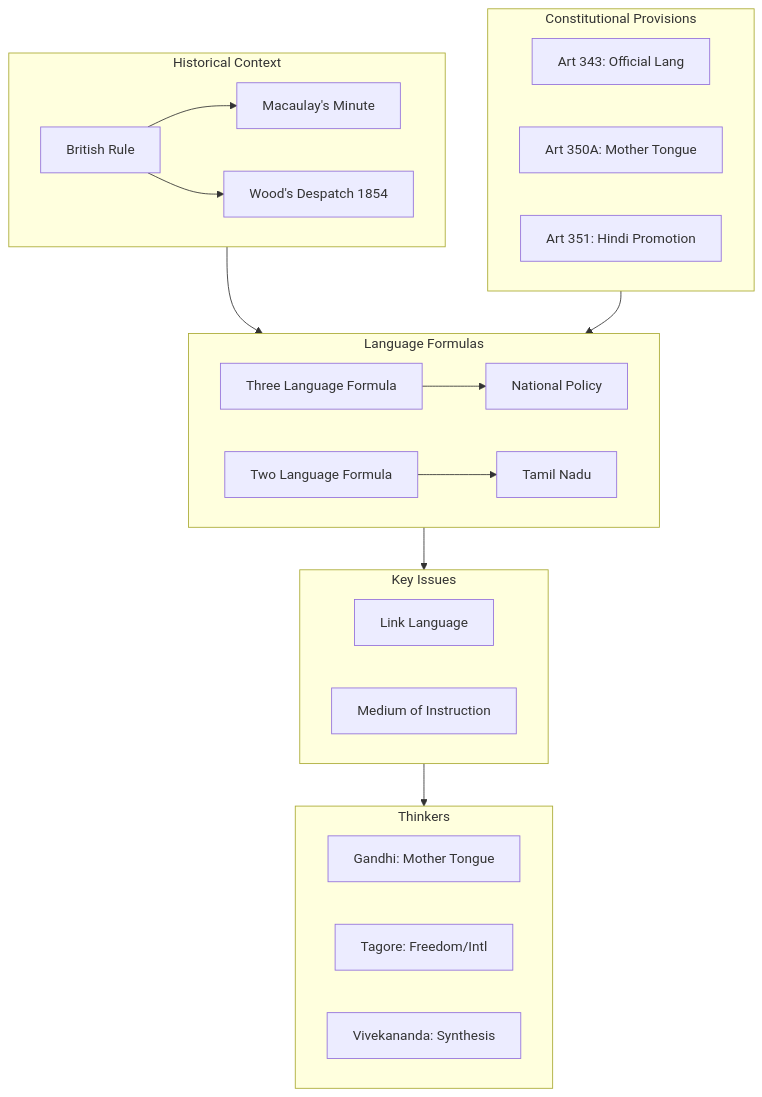
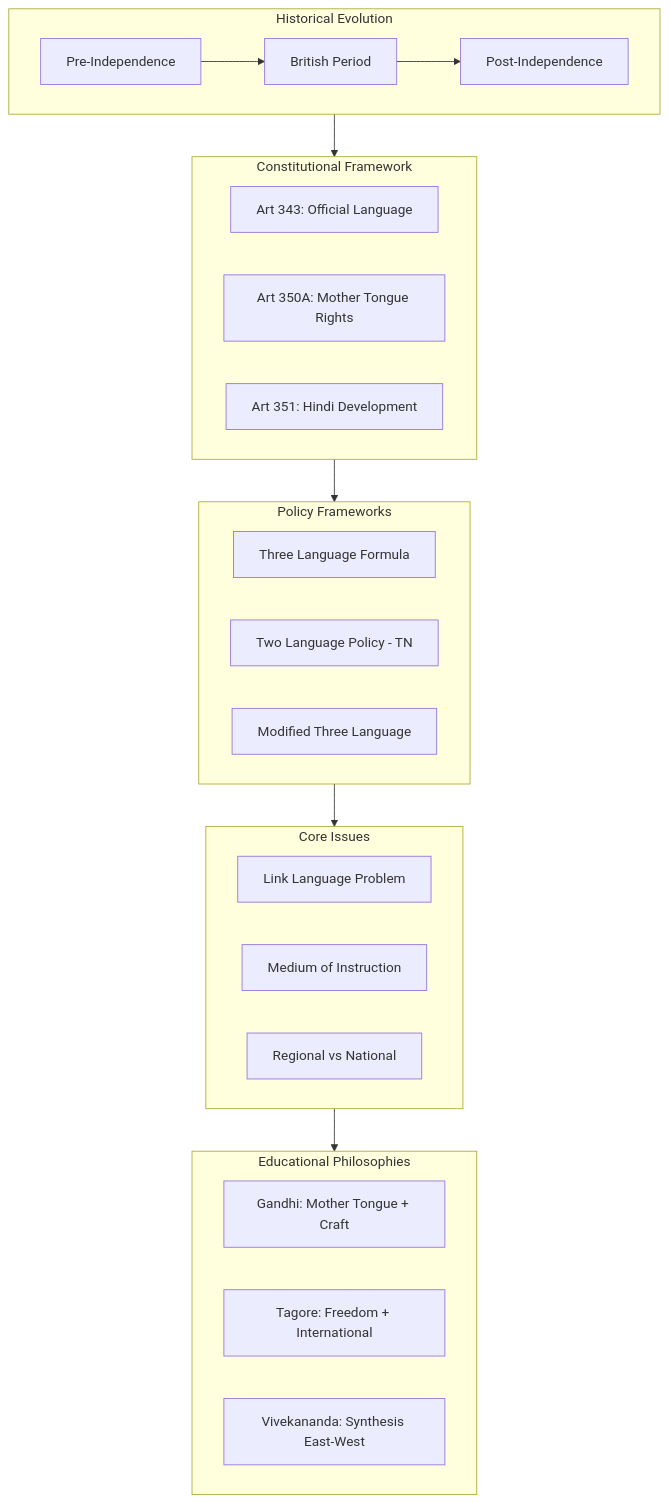
The second of 2 diagrams in units/Unit_04_LANGUAGE_POLICY_IN_EDUCATION.md (praveen-hari/contemporary_education), drawn with Mermaid before and after one commit. The commit also changed other lines of this file and 7 other files, not shown here.

````diff
--- a/units/Unit_04_LANGUAGE_POLICY_IN_EDUCATION.md
+++ b/units/Unit_04_LANGUAGE_POLICY_IN_EDUCATION.md
@@ -52,34 +85,36 @@
 ```mermaid
 flowchart TB
-    subgraph History[Historical Context]
-        British[British Rule] --> Macaulay[Macaulay's Minute]
-        British --> Woods[Wood's Despatch 1854]
+    subgraph History[Historical Evolution]
+        Pre[Pre-Independence] --> British[British Period]
+        British --> Post[Post-Independence]
     end
 
-    subgraph Constitution[Constitutional Provisions]
-        Art343[Art 343: Official Lang]
-        Art350A[Art 350A: Mother Tongue]
-        Art351[Art 351: Hindi Promotion]
+    subgraph Constitution[Constitutional Framework]
+        Art343[Art 343: Official Language]
+        Art350A[Art 350A: Mother Tongue Rights]
+        Art351[Art 351: Hindi Development]
     end
 
-    subgraph Formulas[Language Formulas]
-        ThreeLang[Three Language Formula] --> National[National Policy]
-        TwoLang[Two Language Formula] --> TN[Tamil Nadu]
+    subgraph Policy[Policy Frameworks]
+        ThreeLang[Three Language Formula]
+        TwoLang[Two Language Policy - TN]
+        Modified[Modified Three Language]
     end
 
-    subgraph Issues[Key Issues]
-        Link[Link Language]
+    subgraph Issues[Core Issues]
+        Link[Link Language Problem]
         Medium[Medium of Instruction]
+        Regional[Regional vs National]
     end
     
-    subgraph Thinkers[Thinkers]
-        Gandhi[Gandhi: Mother Tongue]
-        Tagore[Tagore: Freedom/Intl]
-        Vivek[Vivekananda: Synthesis]
+    subgraph Thinkers[Educational Philosophies]
+        Gandhi[Gandhi: Mother Tongue + Craft]
+        Tagore[Tagore: Freedom + International]
+        Vivek[Vivekananda: Synthesis East-West]
     end
 
-    History --> Formulas
-    Constitution --> Formulas
-    Formulas --> Issues
+    History --> Constitution
+    Constitution --> Policy
+    Policy --> Issues
     Issues --> Thinkers
 ```
````
